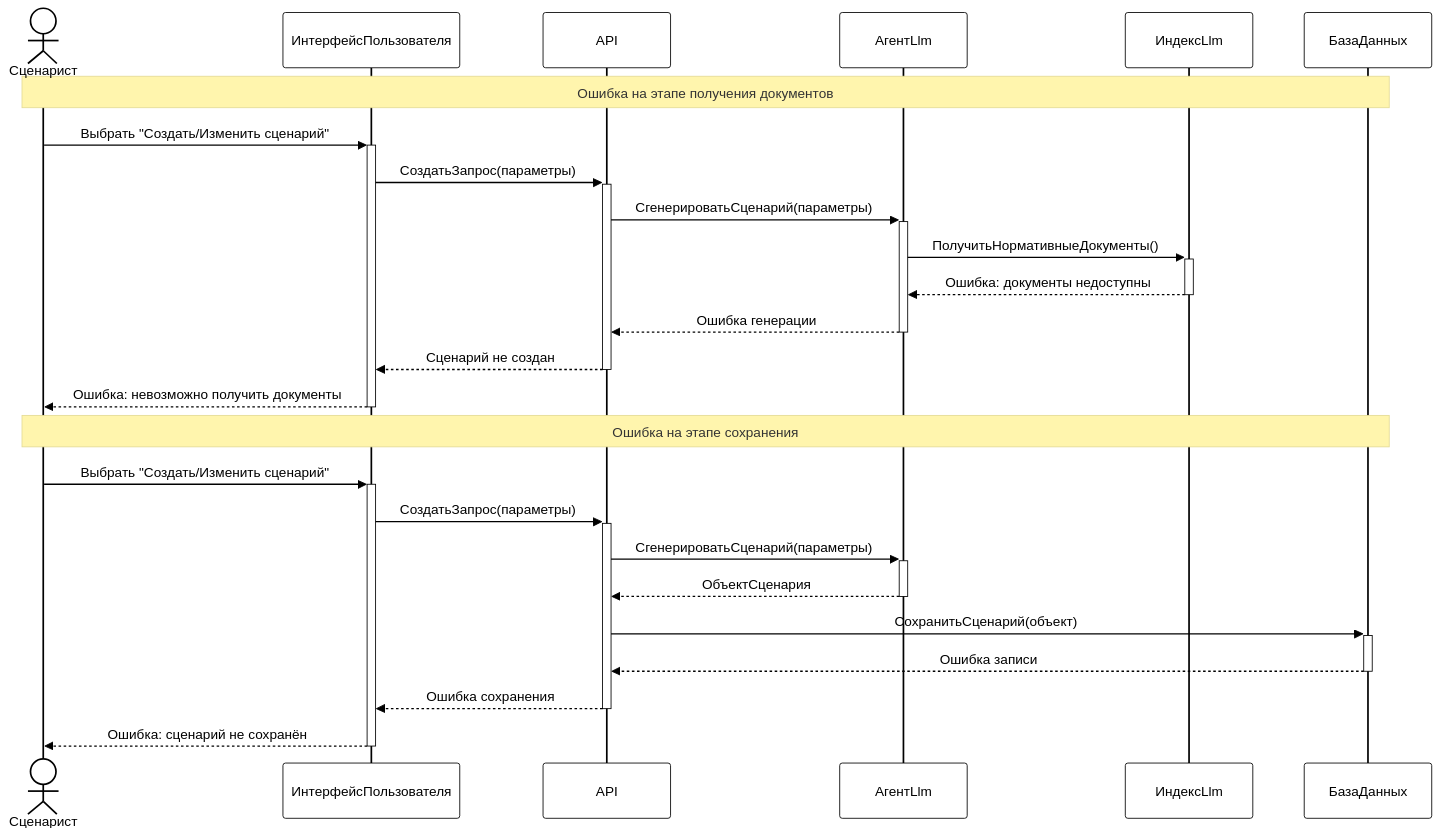
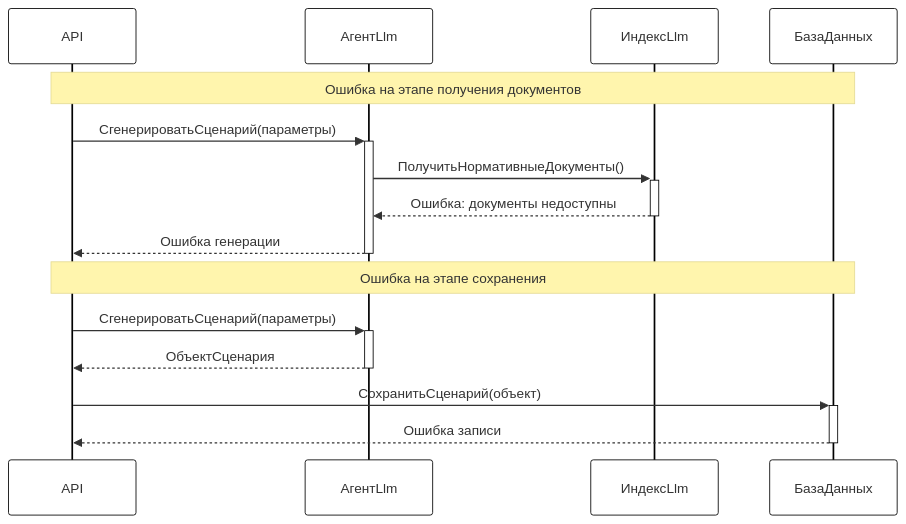
One commit to CHSU-scenarAIst/diagrammy changed the second of 6 diagrams in Пакет Обработка эмбеддингов/Диаграмма последовательностей взаимодействия объектов классов.md. Above: the diagram before and after it, drawn with Mermaid. The commit also changed other lines of this file and 8 other files, not shown here.

````diff
--- a/Пакет Обработка эмбеддингов/Диаграмма последовательностей взаимодействия объектов классов.md
+++ b/Пакет Обработка эмбеддингов/Диаграмма последовательностей взаимодействия объектов классов.md
@@ -40,48 +32,28 @@
 ```mermaid
 %%{init: {
   'theme': 'base',
   'themeVariables': {
     'primaryColor': '#fff',
     'primaryBorderColor': '#000',
-    'lineColor': '#000',
-    'tertiaryColor': '#fff',
-    'edgeColor': '#000',
-    'fontFamily': 'arial',
     'fontSize': '16px',
-    'signalColor': '#000',
-    'signalTextColor': '#000',
-    'actorTextColor': '#000',
-    'actorLineColor': '#000',
-    'labelTextColor': '#000',
-    'activationBorderColor': '#000',
-    'activationBackgroundColor': '#000'
+    'activationBorderColor': '#000'
   }
 }}%%
 sequenceDiagram
-    actor User as Сценарист
-    participant UI as ИнтерфейсПользователя
     participant Controller as API
     participant AI as АгентLlm
     participant KB as ИндексLlm
     participant Storage as БазаДанных
 
-    Note over User,Storage: Ошибка на этапе получения документов
-    User->>+UI: Выбрать "Создать/Изменить сценарий"
-    UI->>+Controller: СоздатьЗапрос(параметры)
+    Note over Controller,Storage: Ошибка на этапе получения документов
     Controller->>+AI: СгенерироватьСценарий(параметры)
     AI->>+KB: ПолучитьНормативныеДокументы()
     KB-->>-AI: Ошибка: документы недоступны
     AI-->>-Controller: Ошибка генерации
-    Controller-->>-UI: Сценарий не создан
-    UI-->>-User: Ошибка: невозможно получить документы
 
-    Note over User,Storage: Ошибка на этапе сохранения
-    User->>+UI: Выбрать "Создать/Изменить сценарий"
-    UI->>+Controller: СоздатьЗапрос(параметры)
+    Note over Controller,Storage: Ошибка на этапе сохранения
     Controller->>+AI: СгенерироватьСценарий(параметры)
     AI-->>-Controller: ОбъектСценария
     Controller->>+Storage: СохранитьСценарий(объект)
     Storage-->>-Controller: Ошибка записи
-    Controller-->>-UI: Ошибка сохранения
-    UI-->>-User: Ошибка: сценарий не сохранён
 ```
````
